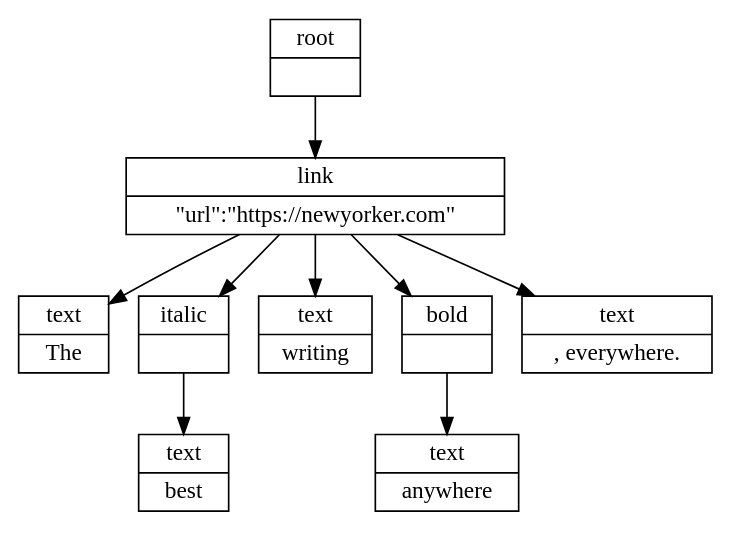
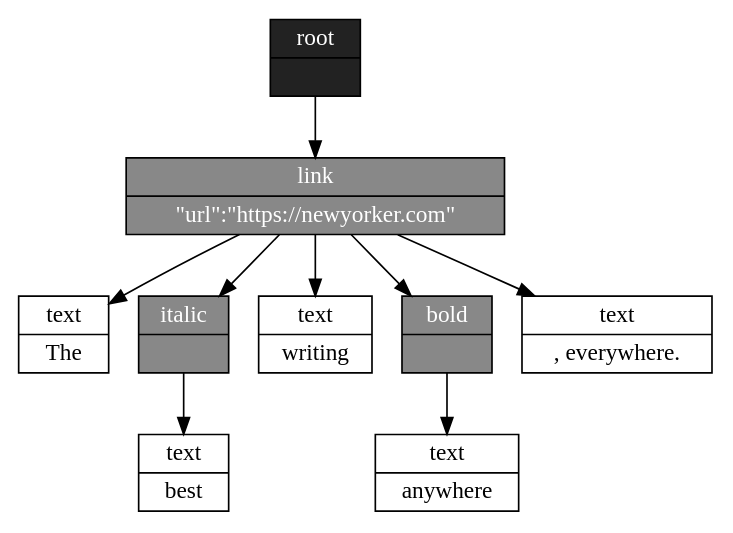
Before and after one commit to CondeNast/atjson: the diagram in packages/@atjson/renderer-graphviz/example.dot, drawn with Graphviz. The commit also changed 16 other files, not shown here.

```diff
--- a/packages/@atjson/renderer-graphviz/example.dot
+++ b/packages/@atjson/renderer-graphviz/example.dot
@@ -1,20 +1,20 @@
 digraph atjson{
   node [shape=record];
-  root1 [label="{root|{}}"];
-  link2 [label="{link|{\"url\":\"https://newyorker.com\"}}"];
-  text3 [label="{text|The }"];
-  italic4 [label="{italic|{}}"];
-  text5 [label="{text|best}"];
-  text6 [label="{text| writing }"];
-  bold7 [label="{bold|{}}"];
-  text8 [label="{text|anywhere}"];
-  text9 [label="{text|, everywhere.}"];
+  root1 [label="{root|{}}" style=filled fillcolor="#222222" fontcolor="#FFFFFF"];
+  link2 [label="{link|{\"url\":\"https://newyorker.com\"}}" style=filled fillcolor="#888888" fontcolor="#FFFFFF"];
+  text3 [label="{text|The }" style=filled fillcolor="#FFFFFF" fontcolor="#000000"];
+  italic4 [label="{italic|{}}" style=filled fillcolor="#888888" fontcolor="#FFFFFF"];
+  text5 [label="{text|best}" style=filled fillcolor="#FFFFFF" fontcolor="#000000"];
+  text6 [label="{text| writing }" style=filled fillcolor="#FFFFFF" fontcolor="#000000"];
+  bold7 [label="{bold|{}}" style=filled fillcolor="#888888" fontcolor="#FFFFFF"];
+  text8 [label="{text|anywhere}" style=filled fillcolor="#FFFFFF" fontcolor="#000000"];
+  text9 [label="{text|, everywhere.}" style=filled fillcolor="#FFFFFF" fontcolor="#000000"];
   link2 -> text3;
   italic4 -> text5;
   link2 -> italic4;
   link2 -> text6;
   bold7 -> text8;
   link2 -> bold7;
   link2 -> text9;
   root1 -> link2;
 }
```
